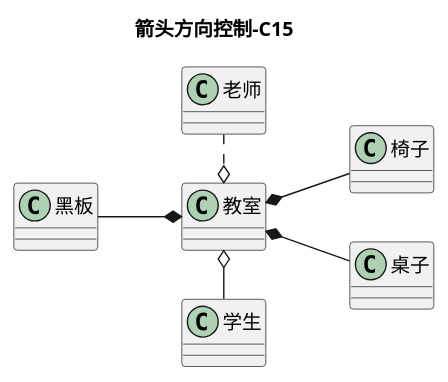
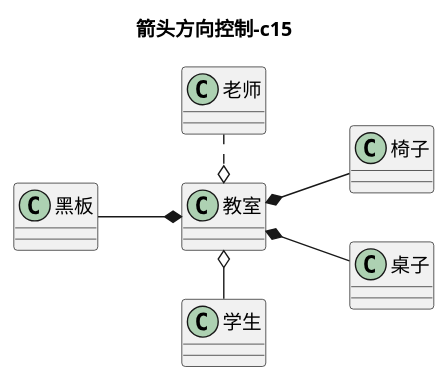
The fifth of 6 diagrams in examples/02_class_charts.puml (securitgithub/plantumlforvscode), drawn with PlantUML before and after one commit. The commit also changed other lines of this file and 43 other files, not shown here.

```diff
--- a/examples/02_class_charts.puml
+++ b/examples/02_class_charts.puml
@@ -74,11 +74,11 @@
 @startuml
-title 箭头方向控制-C15
+title 箭头方向控制-c15
 
 left to right direction
 教室 o- 学生
 老师 .o 教室
 
 教室 *-- 椅子
 教室 *-up- 黑板
 教室 *-- 桌子
 @enduml
```
